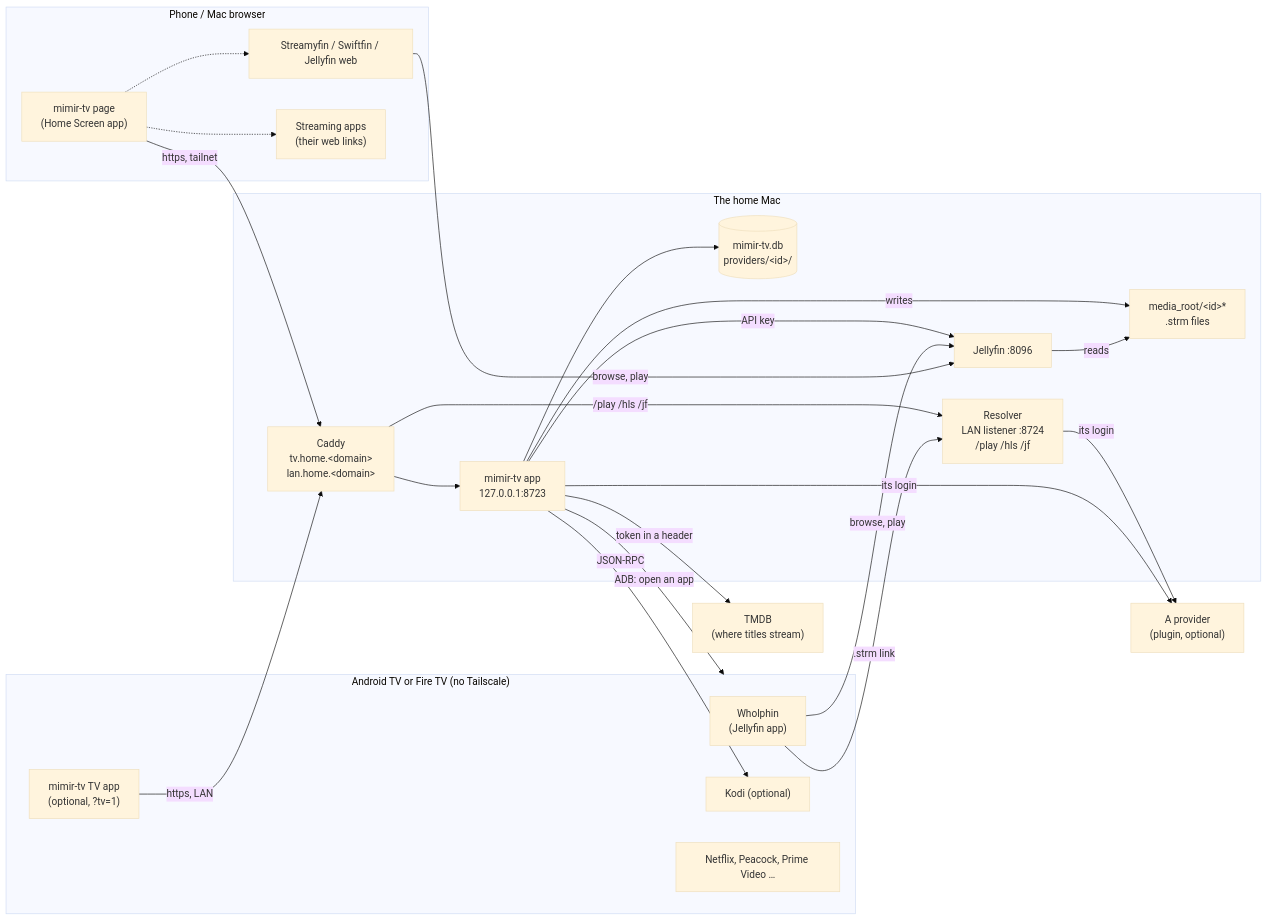
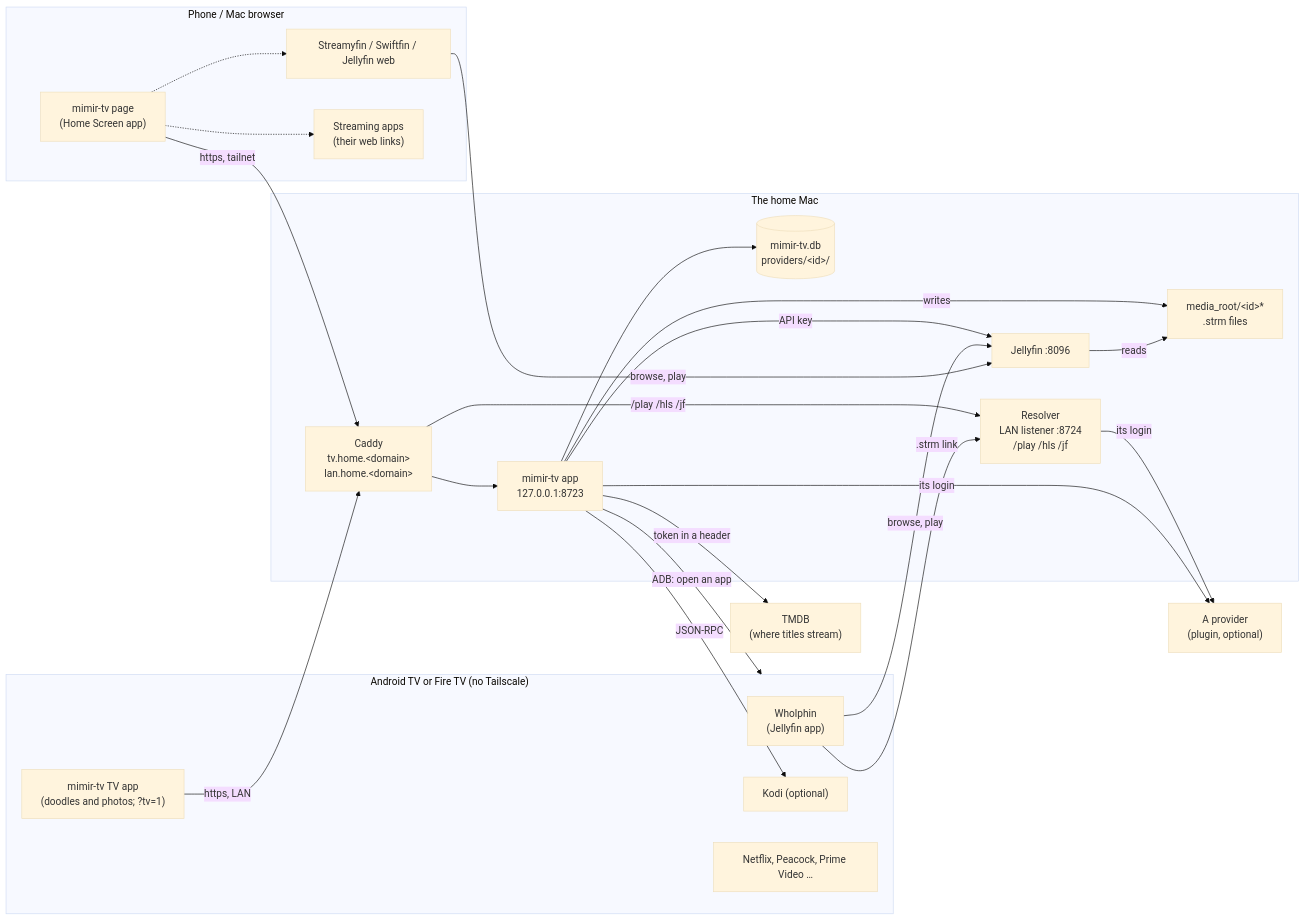
Before and after one commit to shrshk/mimir-tv: the first of 5 diagrams in docs/architecture.md, drawn with Mermaid (base theme). The commit also changed other lines of this file and 1 other file, not shown here.

Commit message:
Docs: the TV app is for doodles and photos from the phone

````diff
--- a/docs/architecture.md
+++ b/docs/architecture.md
@@ -12,43 +12,43 @@
 ```mermaid
 flowchart LR
   subgraph phone["Phone / Mac browser"]
     pwa["mimir-tv page<br/>(Home Screen app)"]
     swift["Streamyfin / Swiftfin / Jellyfin web"]
     apps_p["Streaming apps<br/>(their web links)"]
   end
   subgraph tv["Android TV or Fire TV (no Tailscale)"]
     jftv["Wholphin<br/>(Jellyfin app)"]
-    tvapp["mimir-tv TV app<br/>(optional, ?tv=1)"]
+    tvapp["mimir-tv TV app<br/>(doodles and photos; ?tv=1)"]
     kodi["Kodi (optional)"]
     apps_tv["Netflix, Peacock, Prime Video …"]
   end
   subgraph mac["The home Mac"]
     caddy["Caddy<br/>tv.home.&lt;domain&gt;<br/>lan.home.&lt;domain&gt;"]
     app["mimir-tv app<br/>127.0.0.1:8723"]
     res["Resolver<br/>LAN listener :8724<br/>/play /hls /jf"]
     jf["Jellyfin :8096"]
     db[("mimir-tv.db<br/>providers/&lt;id&gt;/")]
     strm["media_root/&lt;id&gt;*<br/>.strm files"]
   end
   prov["A provider<br/>(plugin, optional)"]
   tmdb["TMDB<br/>(where titles stream)"]
 
   pwa -- "https, tailnet" --> caddy
   tvapp -- "https, LAN" --> caddy
   caddy --> app
   caddy -- "/play /hls /jf" --> res
   app --> db
   app -- "API key" --> jf
   app -- "writes" --> strm
   jf -- "reads" --> strm
   jftv -- "browse, play" --> jf
   swift -- "browse, play" --> jf
   jftv -- ".strm link" --> res
   res -- "its login" --> prov
   app -- "its login" --> prov
   app -- "token in a header" --> tmdb
   app -- "ADB: open an app" --> tv
   app -- "JSON-RPC" --> kodi
   pwa -.-> swift
   pwa -.-> apps_p
 ```
````
